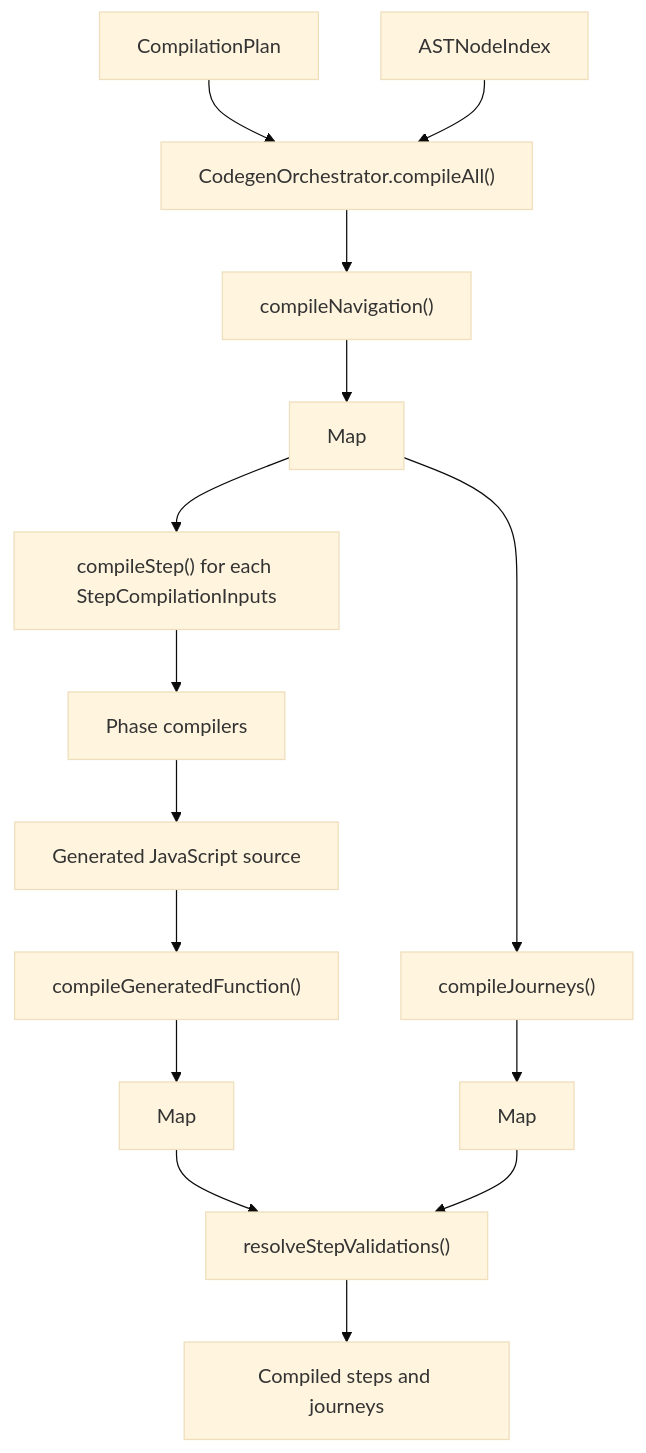
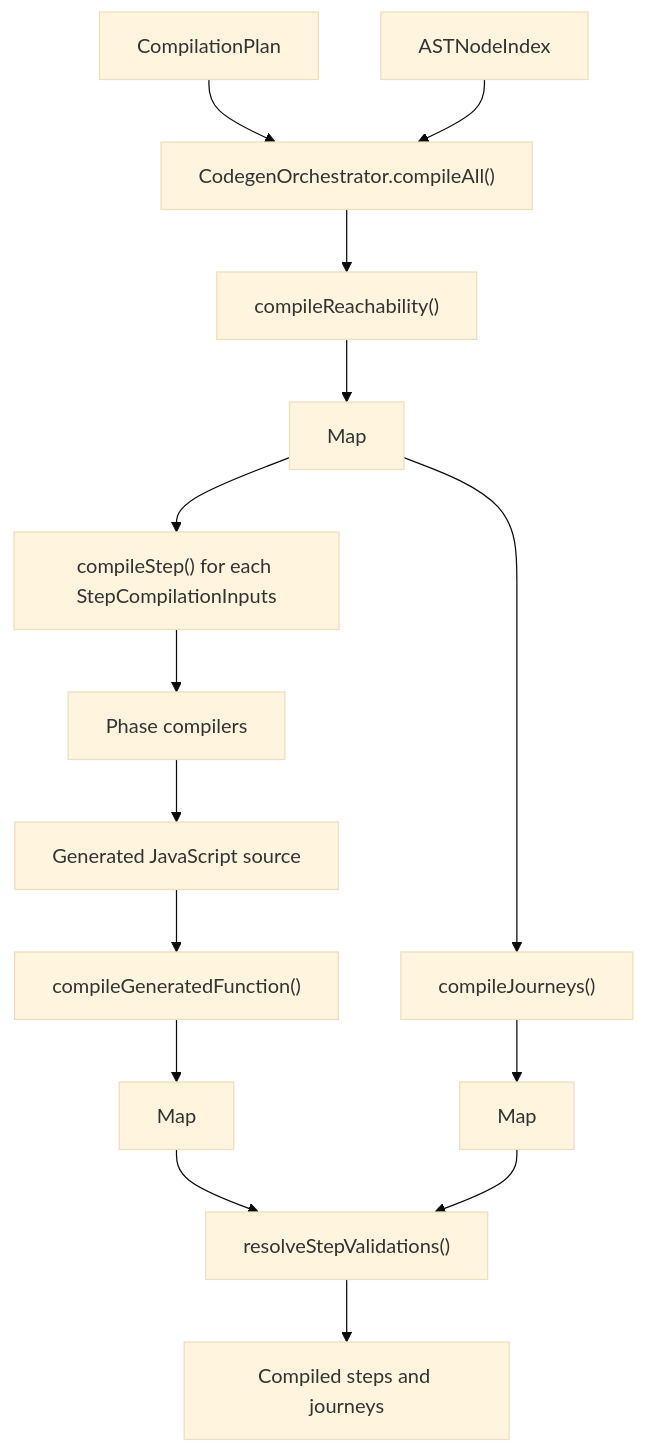
One commit to ministryofjustice/hmpps-forge changed the diagram in packages/forge-core/src/engine/compilation/lowering/README.md. Above: the diagram before and after it, drawn with Mermaid (base theme). The commit also changed other lines of this file and 12 other files, not shown here.

Commit message:
Require the compiled reachability functions and tidy navigation naming

````diff
--- a/packages/forge-core/src/engine/compilation/lowering/README.md
+++ b/packages/forge-core/src/engine/compilation/lowering/README.md
@@ -139,17 +139,17 @@
 ```mermaid
 flowchart TD
   compilationPlan["CompilationPlan"] --> orchestrator["CodegenOrchestrator.compileAll()"]
   nodeRegistry["ASTNodeIndex"] --> orchestrator
-  orchestrator --> navigation["compileNavigation()"]
+  orchestrator --> navigation["compileReachability()"]
   navigation --> reachabilityByJourney["Map<NodeId, compiled reachability fns>"]
   reachabilityByJourney --> journeys["compileJourneys()"]
   journeys --> compiledJourneys["Map<NodeId, CompiledJourney>"]
   reachabilityByJourney --> steps["compileStep() for each StepCompilationInputs"]
   steps --> phaseCompilers["Phase compilers"]
   phaseCompilers --> source["Generated JavaScript source"]
   source --> generatedFunction["compileGeneratedFunction()"]
   generatedFunction --> compiledSteps["Map<NodeId, CompiledStep>"]
   compiledSteps --> validations["resolveStepValidations()"]
   compiledJourneys --> validations
   validations --> result["Compiled steps and journeys"]
 ```
````
